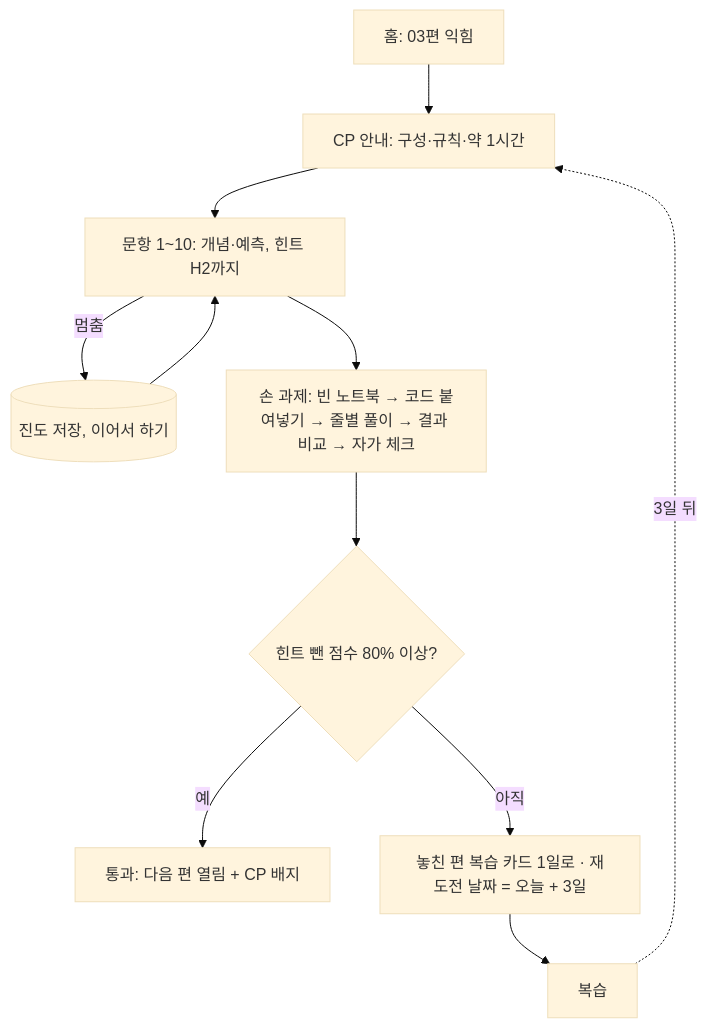
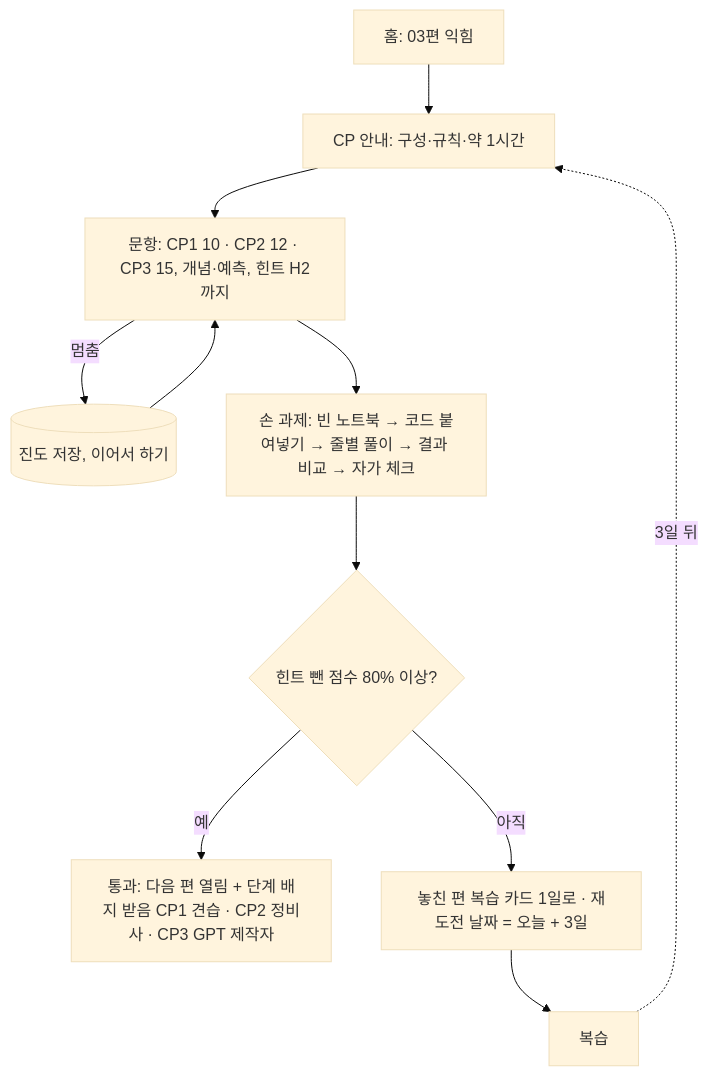
The third of 5 diagrams in inputs/design/flow.md (blazethrottle/z2h-ko), drawn with Mermaid (base theme) before and after one commit. The commit also changed other lines of this file and 94 other files, not shown here.

````diff
--- a/inputs/design/flow.md
+++ b/inputs/design/flow.md
@@ -146,13 +151,13 @@
 ```mermaid
 flowchart TD
     H[홈: 03편 익힘] --> I[CP 안내: 구성·규칙·약 1시간]
-    I --> Q[문항 1~10: 개념·예측, 힌트 H2까지]
+    I --> Q[문항: CP1 10 · CP2 12 · CP3 15, 개념·예측, 힌트 H2까지]
     Q -- 멈춤 --> SV[(진도 저장, 이어서 하기)]
     SV --> Q
     Q --> HO[손 과제: 빈 노트북 → 코드 붙여넣기 → 줄별 풀이 → 결과 비교 → 자가 체크]
     HO --> R{힌트 뺀 점수 80% 이상?}
-    R -- 예 --> P[통과: 다음 편 열림 + CP 배지]
+    R -- 예 --> P[통과: 다음 편 열림 + 단계 배지 받음 CP1 견습 · CP2 정비사 · CP3 GPT 제작자]
     R -- 아직 --> N[놓친 편 복습 카드 1일로 · 재도전 날짜 = 오늘 + 3일]
     N --> RV[복습]
     RV -. 3일 뒤 .-> I
 ```
````
